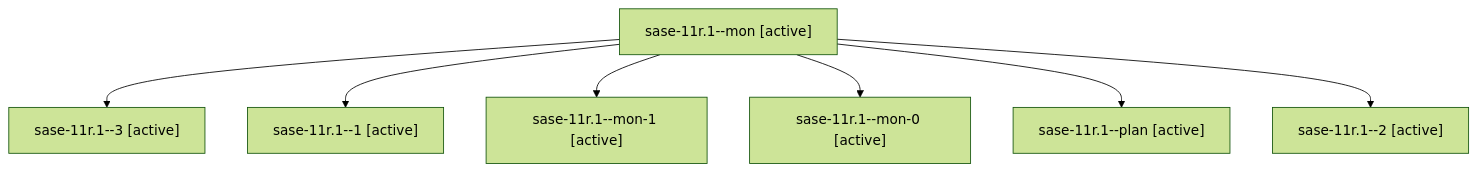
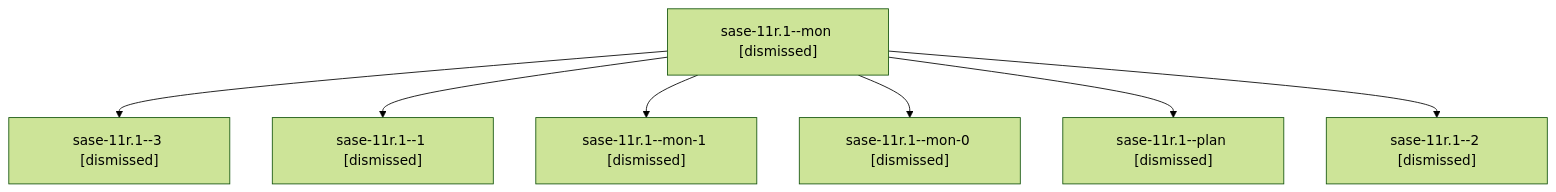
The diagram in sessions/bbugyi200.athena.sase-11r.1.md (sase-org/sase--agents), drawn with Mermaid (forest theme) before and after one commit. The commit also changed other lines of this file and 252 other files, not shown here.

````diff
--- a/sessions/bbugyi200.athena.sase-11r.1.md
+++ b/sessions/bbugyi200.athena.sase-11r.1.md
@@ -9,16 +9,16 @@
 ```mermaid
 flowchart TD
-  n0["sase-11r.1--mon [active]"]
-  n1["sase-11r.1--3 [active]"]
+  n0["sase-11r.1--mon [dismissed]"]
+  n1["sase-11r.1--3 [dismissed]"]
   n0 --> n1
-  n2["sase-11r.1--1 [active]"]
+  n2["sase-11r.1--1 [dismissed]"]
   n0 --> n2
-  n3["sase-11r.1--mon-1 [active]"]
+  n3["sase-11r.1--mon-1 [dismissed]"]
   n0 --> n3
-  n4["sase-11r.1--mon-0 [active]"]
+  n4["sase-11r.1--mon-0 [dismissed]"]
   n0 --> n4
-  n5["sase-11r.1--plan [active]"]
+  n5["sase-11r.1--plan [dismissed]"]
   n0 --> n5
-  n6["sase-11r.1--2 [active]"]
+  n6["sase-11r.1--2 [dismissed]"]
   n0 --> n6
 ```
````
